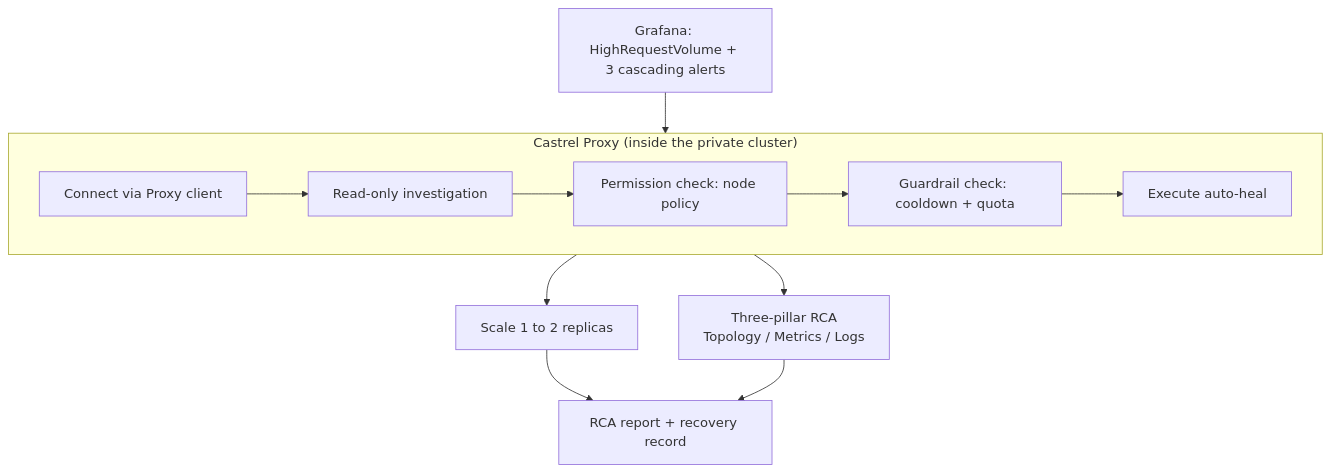
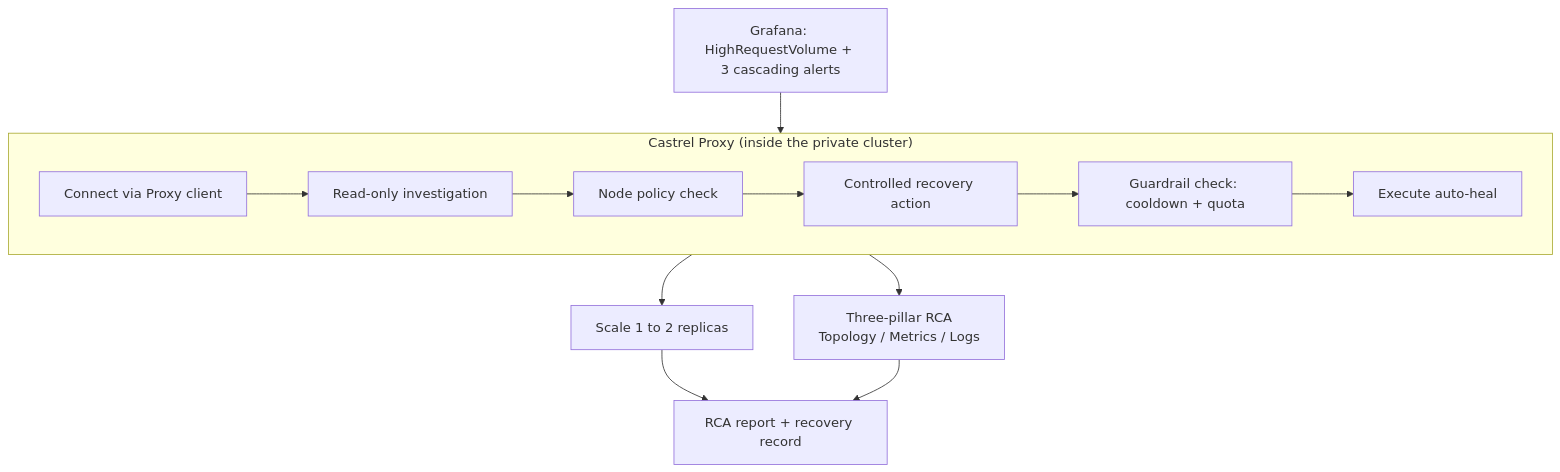
One commit to castrel-ai/castrel-landing changed the diagram in content/en/blogs/3.castrel-proxy-automated-recovery.md. Above: the diagram before and after it, drawn with Mermaid. The commit also changed other lines of this file and 2 other files, not shown here.

Commit message:
feat: update proxy recovery blog

````diff
--- a/content/en/blogs/3.castrel-proxy-automated-recovery.md
+++ b/content/en/blogs/3.castrel-proxy-automated-recovery.md
@@ -47,18 +47,19 @@
 ```mermaid
 graph TB
     A[Grafana: HighRequestVolume + 3 cascading alerts] --> B
 
     subgraph P["Castrel Proxy (inside the private cluster)"]
         direction LR
         B[Connect via Proxy client] --> C[Read-only investigation]
-        C --> D[Permission check: node policy]
-        D --> E[Guardrail check: cooldown + quota]
-        E --> F[Execute auto-heal]
+        C --> D[Node policy check]
+        D --> E[Controlled recovery action]
+        E --> F[Guardrail check: cooldown + quota]
+        F --> H[Execute auto-heal]
     end
 
     C --> G["Three-pillar RCA<br/>Topology / Metrics / Logs"]
-    F --> H[Scale 1 to 2 replicas]
-    H --> I[RCA report + recovery record]
+    H --> I[Scale 1 to 2 replicas]
+    I --> J[RCA report + recovery record]
 
-    G --> I
+    G --> J
 ```
````
